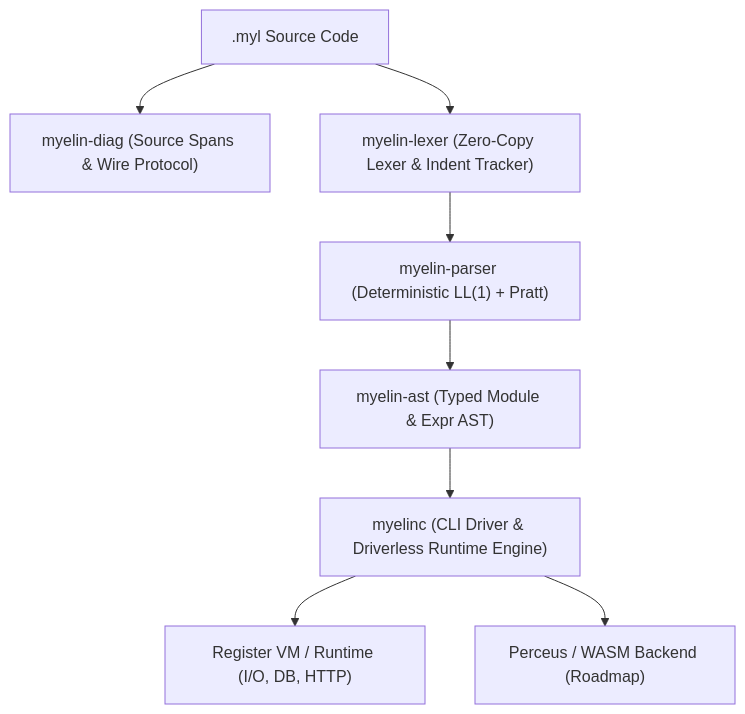
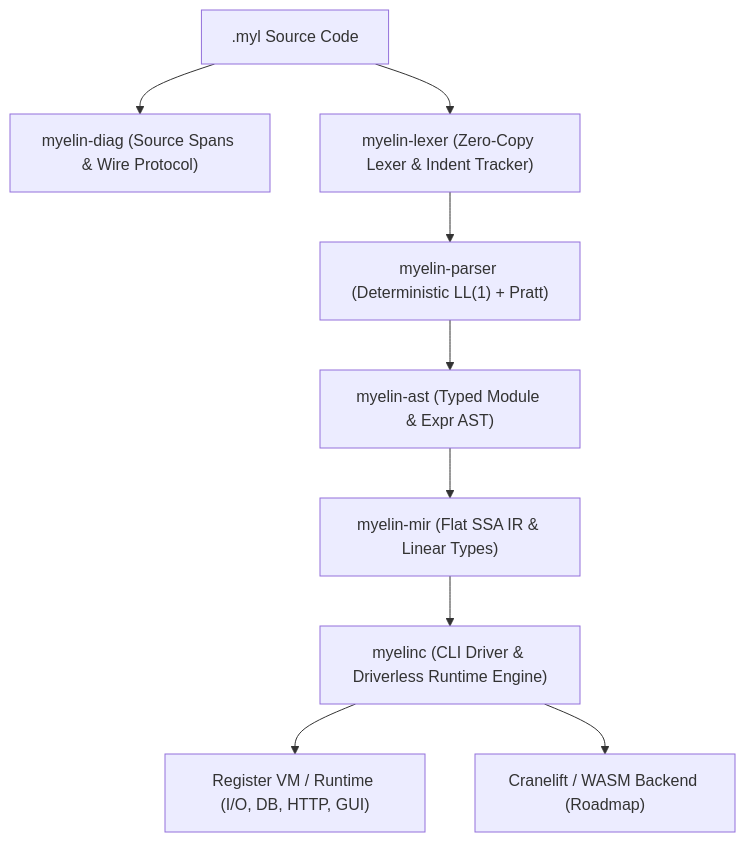
The diagram in wiki/guide/architecture.md (muscankaraoglu/myelin-lang), drawn with Mermaid before and after one commit. The commit also changed other lines of this file and 9 other files, not shown here.

Commit message:
feat(mir): introduce myelin-mir crate with Flat SSA lowering and Austral linear resource checking

````diff
--- a/wiki/guide/architecture.md
+++ b/wiki/guide/architecture.md
@@ -5,10 +5,11 @@
 ```mermaid
 flowchart TD
     Source[".myl Source Code"] --> Diag["myelin-diag (Source Spans & Wire Protocol)"]
     Source --> Lexer["myelin-lexer (Zero-Copy Lexer & Indent Tracker)"]
     Lexer --> Parser["myelin-parser (Deterministic LL(1) + Pratt)"]
     Parser --> AST["myelin-ast (Typed Module & Expr AST)"]
-    AST --> CLI["myelinc (CLI Driver & Driverless Runtime Engine)"]
-    CLI --> VM["Register VM / Runtime (I/O, DB, HTTP)"]
-    CLI --> Native["Perceus / WASM Backend (Roadmap)"]
+    AST --> MIR["myelin-mir (Flat SSA IR & Linear Types)"]
+    MIR --> CLI["myelinc (CLI Driver & Driverless Runtime Engine)"]
+    CLI --> VM["Register VM / Runtime (I/O, DB, HTTP, GUI)"]
+    CLI --> Native["Cranelift / WASM Backend (Roadmap)"]
 ```
````
